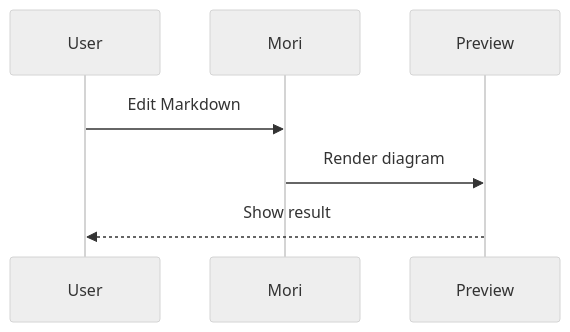
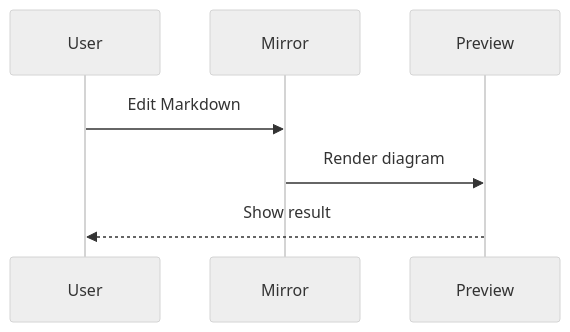
Before and after one commit to BoneInk/Mori: the first of 2 diagrams in Examples/Mermaid.md, drawn with Mermaid (neutral theme). The commit also changed 21 other files, not shown here.

````diff
--- a/Examples/Mermaid.md
+++ b/Examples/Mermaid.md
@@ -5,9 +5,9 @@
 ```mermaid
 sequenceDiagram
     participant User
-    participant Mori
+    participant Mirror
     participant Preview
-    User->>Mori: Edit Markdown
-    Mori->>Preview: Render diagram
+    User->>Mirror: Edit Markdown
+    Mirror->>Preview: Render diagram
     Preview-->>User: Show result
 ```
````
